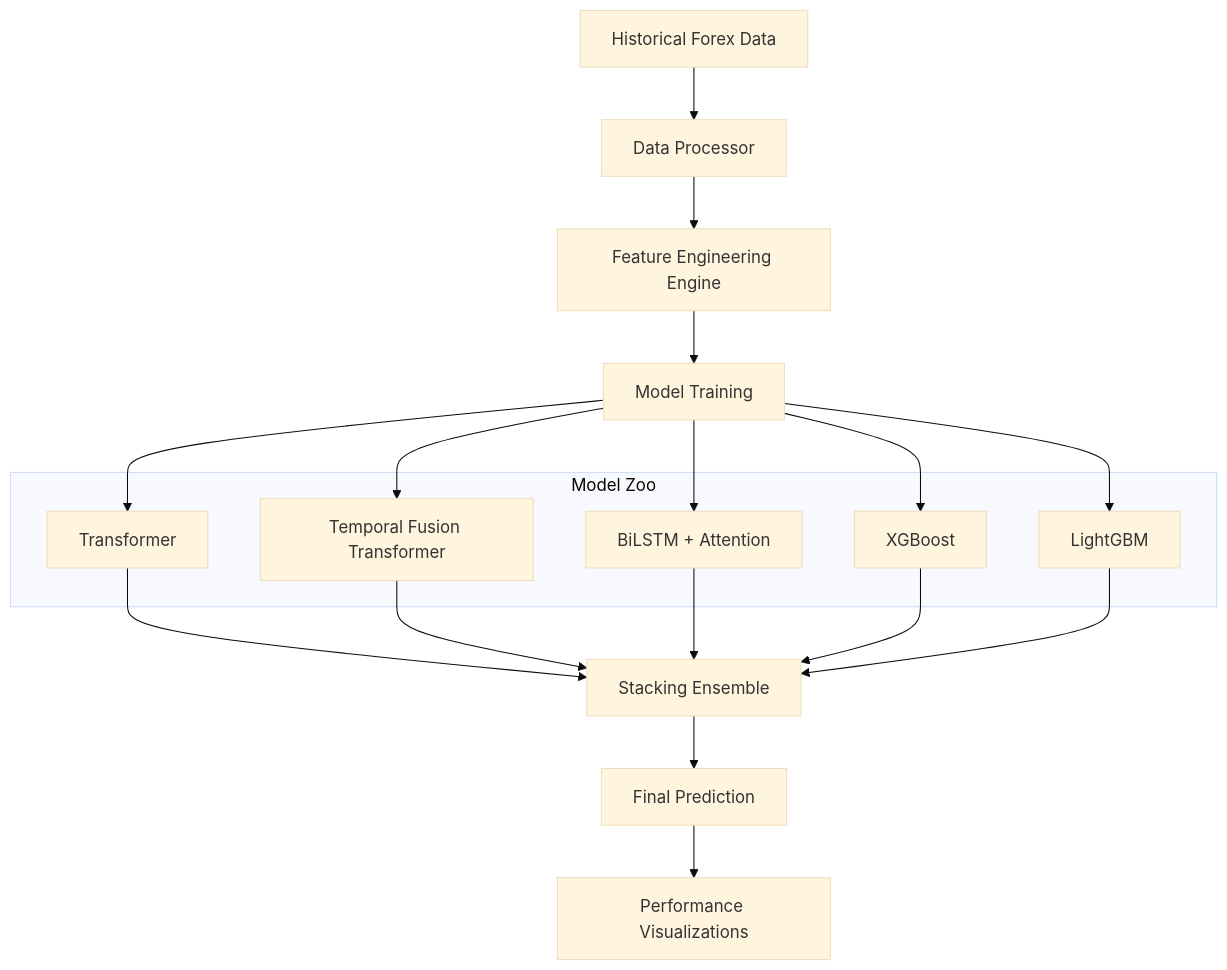
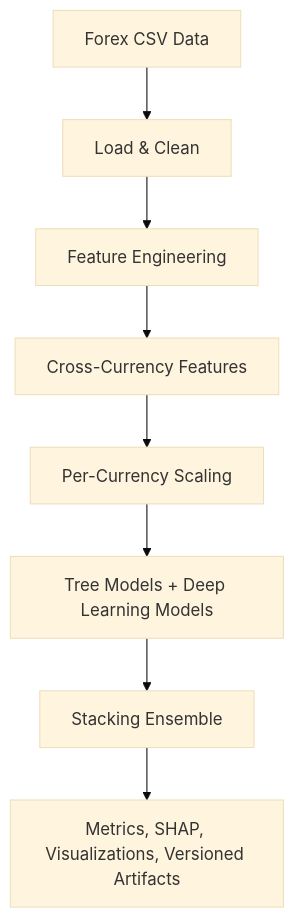
One commit to gokulsenthilkumar3/Forex-Ensemble-Prediction changed the diagram in README.md. Above: the diagram before and after it, drawn with Mermaid (base theme). The commit also changed other lines of this file and 4 other files, not shown here.

````diff
--- a/README.md
+++ b/README.md
@@ -23,20 +44,10 @@
 ```mermaid
 graph TD
-    A[Historical Forex Data] --> B[Data Processor]
-    B --> C[Feature Engineering Engine]
-    C --> D[Model Training]
-    
-    subgraph "Model Zoo"
-    D1[Transformer]
-    D2[Temporal Fusion Transformer]
-    D3[BiLSTM + Attention]
-    D4[XGBoost]
-    D5[LightGBM]
-    end
-    
-    D --> D1 & D2 & D3 & D4 & D5
-    
-    D1 & D2 & D3 & D4 & D5 --> E[Stacking Ensemble]
-    E --> F[Final Prediction]
-    F --> G[Performance Visualizations]
+    A[Forex CSV Data] --> B[Load & Clean]
+    B --> C[Feature Engineering]
+    C --> D[Cross-Currency Features]
+    D --> E[Per-Currency Scaling]
+    E --> F[Tree Models + Deep Learning Models]
+    F --> G[Stacking Ensemble]
+    G --> H[Metrics, SHAP, Visualizations, Versioned Artifacts]
 ```
````
